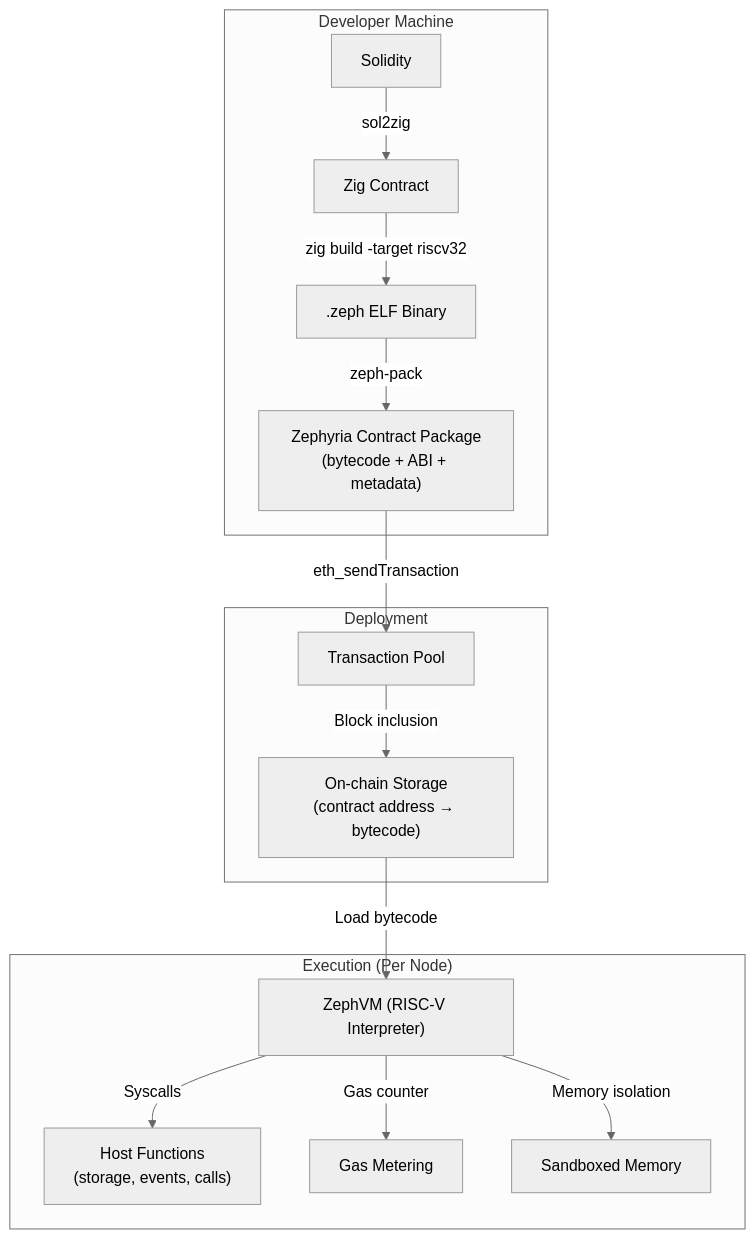
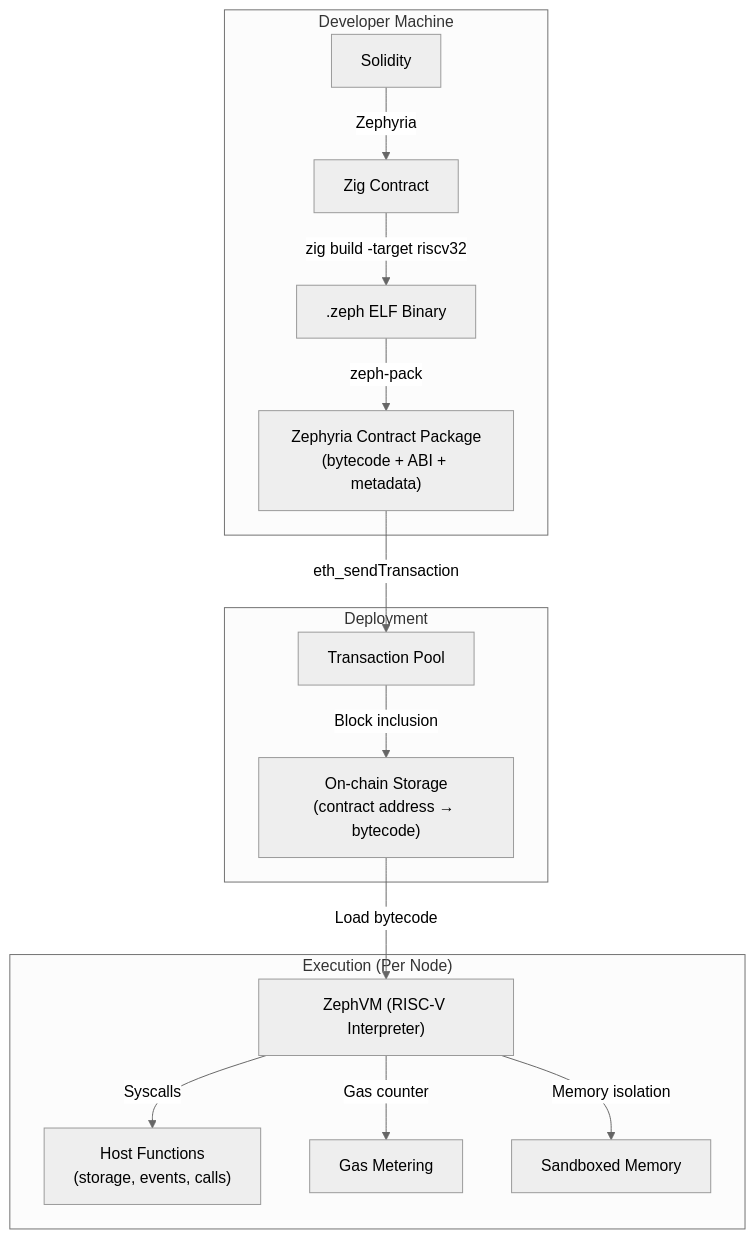
One commit to 0xZephyria/Zeph-Dev changed the fourth of 9 diagrams in docs/research/zephyria_bytecode_vm_research.md. Above: the diagram before and after it, drawn with Mermaid (neutral theme). The commit also changed other lines of this file and 37 other files, not shown here.

````diff
--- a/docs/research/zephyria_bytecode_vm_research.md
+++ b/docs/research/zephyria_bytecode_vm_research.md
@@ -225,20 +225,20 @@
 ```mermaid
 graph TB
     subgraph "Developer Machine"
-        A[Solidity] -->|sol2zig| B[Zig Contract]
+        A[Solidity] -->|Zephyria| B[Zig Contract]
         B -->|zig build -target riscv32| C[".zeph ELF Binary"]
         C -->|zeph-pack| D["Zephyria Contract Package<br/>(bytecode + ABI + metadata)"]
     end
 
     subgraph "Deployment"
         D -->|eth_sendTransaction| E[Transaction Pool]
         E -->|Block inclusion| F["On-chain Storage<br/>(contract address → bytecode)"]
     end
 
     subgraph "Execution (Per Node)"
         F -->|Load bytecode| G["ZephVM (RISC-V Interpreter)"]
         G -->|Syscalls| H["Host Functions<br/>(storage, events, calls)"]
         G -->|Gas counter| I[Gas Metering]
         G -->|Memory isolation| J[Sandboxed Memory]
     end
 ```
````
